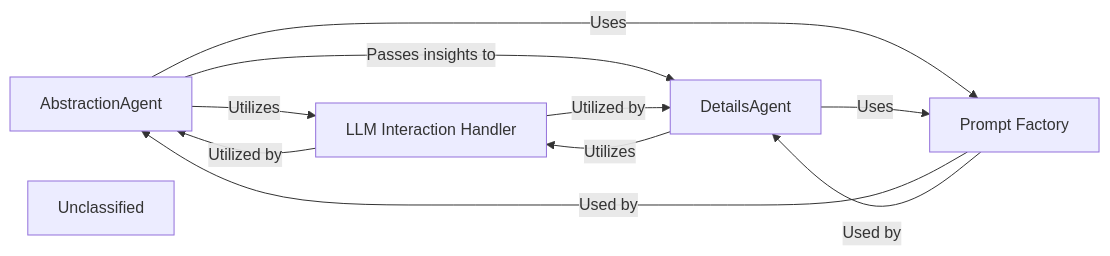
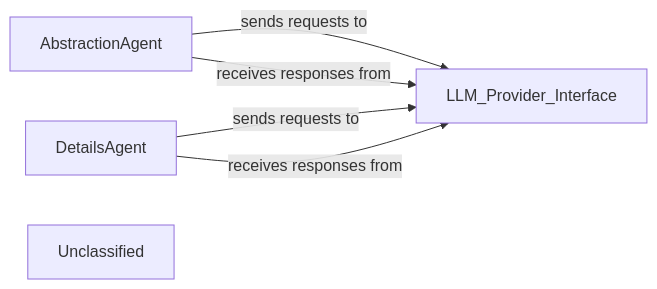
Before and after one commit to CodeBoarding/CodeBoarding: the diagram in .codeboarding/AI_Interpretation_Layer.md, drawn with Mermaid. The commit also changed other lines of this file and 7 other files, not shown here.

First line of the commit message:
docs: update codeboarding documentation and generate architecture

````diff
--- a/.codeboarding/AI_Interpretation_Layer.md
+++ b/.codeboarding/AI_Interpretation_Layer.md
@@ -1,18 +1,11 @@
 ```mermaid
 graph LR
     AbstractionAgent["AbstractionAgent"]
     DetailsAgent["DetailsAgent"]
-    LLM_Interaction_Handler["LLM Interaction Handler"]
-    Prompt_Factory["Prompt Factory"]
+    LLM_Provider_Interface["LLM_Provider_Interface"]
     Unclassified["Unclassified"]
-    AbstractionAgent -- "Utilizes" --> LLM_Interaction_Handler
-    AbstractionAgent -- "Uses" --> Prompt_Factory
-    AbstractionAgent -- "Passes insights to" --> DetailsAgent
-    DetailsAgent -- "Utilizes" --> LLM_Interaction_Handler
-    DetailsAgent -- "Uses" --> Prompt_Factory
-    LLM_Interaction_Handler -- "Utilized by" --> AbstractionAgent
-    LLM_Interaction_Handler -- "Utilized by" --> DetailsAgent
-    Prompt_Factory -- "Used by" --> AbstractionAgent
-    Prompt_Factory -- "Used by" --> DetailsAgent
-    click Prompt_Factory href "https://github.com/CodeBoarding/CodeBoarding/blob/main/.codeboarding/Prompt_Factory.md" "Details"
+    AbstractionAgent -- "sends requests to" --> LLM_Provider_Interface
+    AbstractionAgent -- "receives responses from" --> LLM_Provider_Interface
+    DetailsAgent -- "sends requests to" --> LLM_Provider_Interface
+    DetailsAgent -- "receives responses from" --> LLM_Provider_Interface
 ```
````
